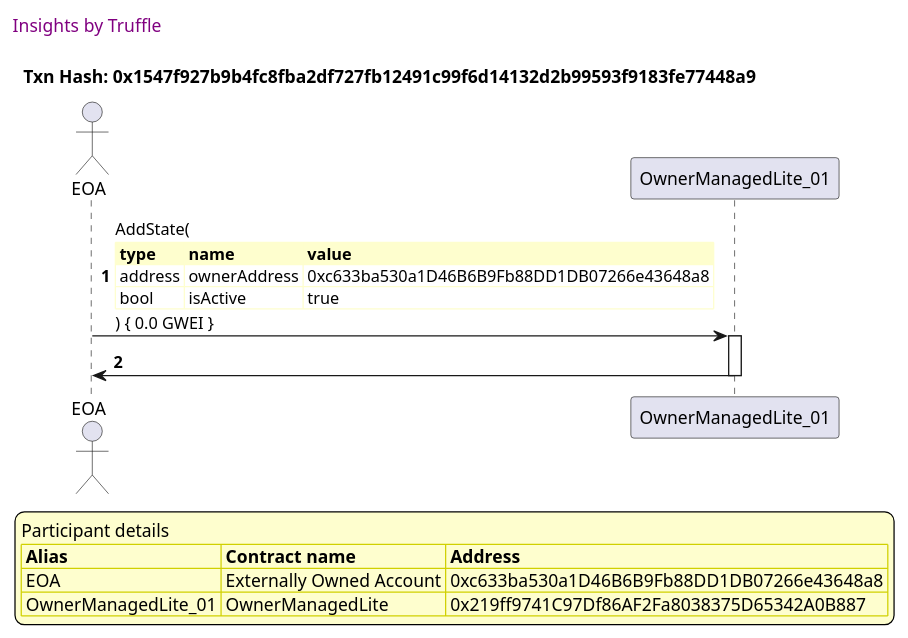
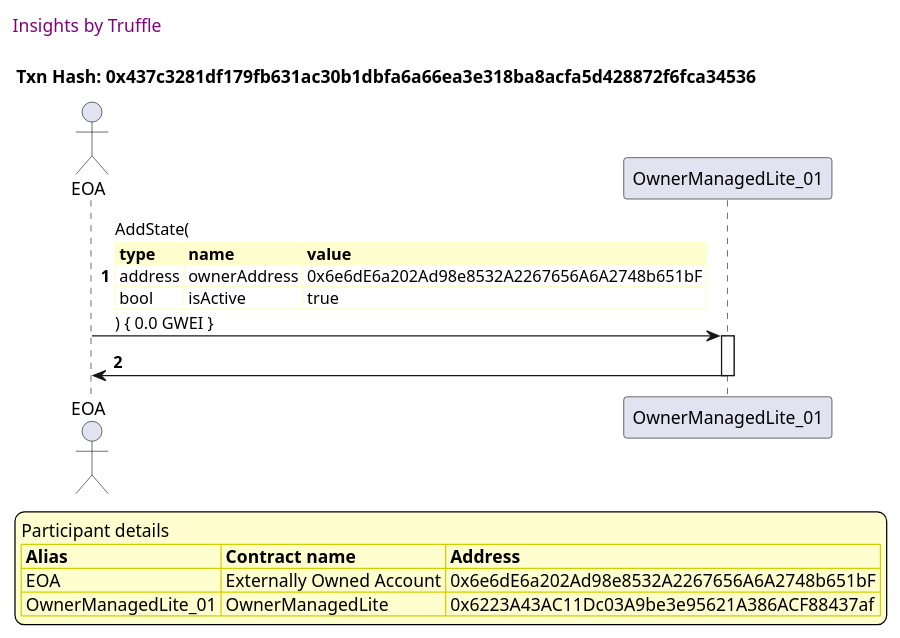
One commit to thedarkjester/ConsensysAssignment changed the fifth of 26 diagrams in truffle-seq/OwnerManagedLite_test_add_owner.md. Above: the diagram before and after it, drawn with PlantUML. The commit also changed other lines of this file and 13 other files, not shown here.

````diff
--- a/truffle-seq/OwnerManagedLite_test_add_owner.md
+++ b/truffle-seq/OwnerManagedLite_test_add_owner.md
@@ -200,41 +200,41 @@
 ```plantuml
 
 
 @startuml
 
 autonumber
 skinparam legendBackgroundColor #FEFECE
 
 <style>
       header {
         HorizontalAlignment left
         FontColor purple
         FontSize 14
         Padding 10
       }
     </style>
 
 header Insights by Truffle
 
-title Txn Hash: 0x1547f927b9b4fc8fba2df727fb12491c99f6d14132d2b99593f9183fe77448a9
+title Txn Hash: 0x437c3281df179fb631ac30b1dbfa6a66ea3e318ba8acfa5d428872f6fca34536
 
 
 actor EOA as "EOA"
 participant OwnerManagedLite_01 as "OwnerManagedLite_01"
 
 "EOA" -> "OwnerManagedLite_01" ++: AddState(\n\
 <#FEFECE,#FEFECE>|= type |= name |= value |\n\
-| address | ownerAddress | 0xc633ba530a1D46B6B9Fb88DD1DB07266e43648a8 |\n\
+| address | ownerAddress | 0x6e6dE6a202Ad98e8532A2267656A6A2748b651bF |\n\
 | bool | isActive | true |\n\
 ) { 0.0 GWEI }
 "OwnerManagedLite_01" -> "EOA" --: 
 
 legend
 Participant details
 <#FEFECE,#D0D000>|= Alias |= Contract name |= Address |
-<#FEFECE>| EOA | Externally Owned Account | 0xc633ba530a1D46B6B9Fb88DD1DB07266e43648a8 |
-<#FEFECE>| OwnerManagedLite_01 | OwnerManagedLite | 0x219ff9741C97Df86AF2Fa8038375D65342A0B887 |
+<#FEFECE>| EOA | Externally Owned Account | 0x6e6dE6a202Ad98e8532A2267656A6A2748b651bF |
+<#FEFECE>| OwnerManagedLite_01 | OwnerManagedLite | 0x6223A43AC11Dc03A9be3e95621A386ACF88437af |
 endlegend
 
 @enduml
 ```
````
